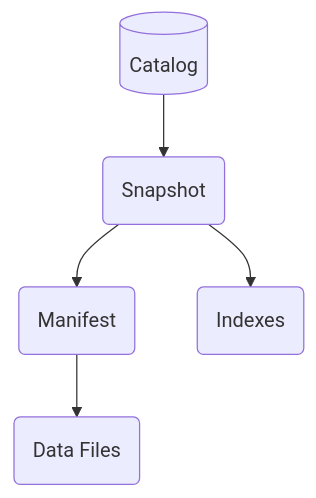
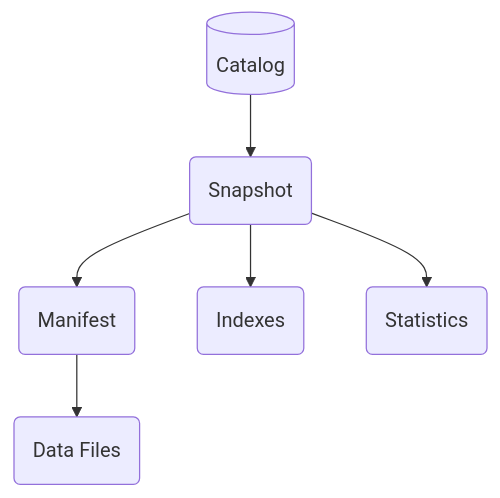
The diagram in README.md (mabel-dev/tarchia), drawn with Mermaid before and after one commit. The commit also changed 4 other files, not shown here.

```diff
--- a/README.md
+++ b/README.md
@@ -38,7 +38,8 @@
 ~~~mermaid
 flowchart TD
     CATALOG[(Catalog)] --> SNAPSHOT(Snapshot)
     SNAPSHOT --> MANIFEST(Manifest)
     SNAPSHOT --> INDEX(Indexes)
+    SNAPSHOT --> STATS(Statistics)
     MANIFEST --> DATA(Data Files)
 ~~~
```
